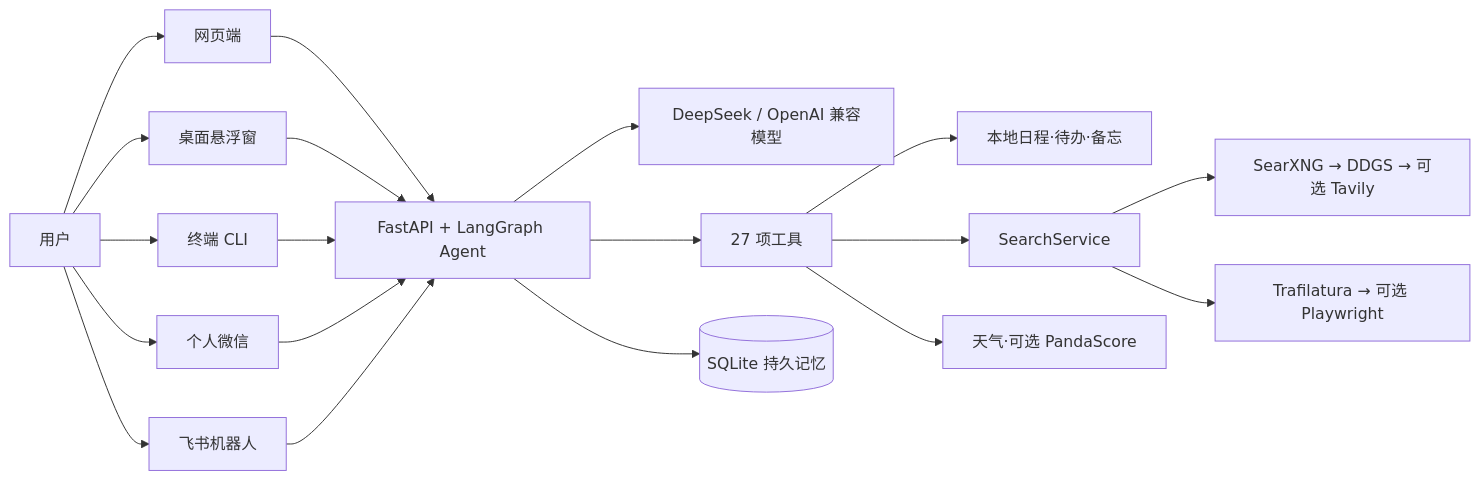
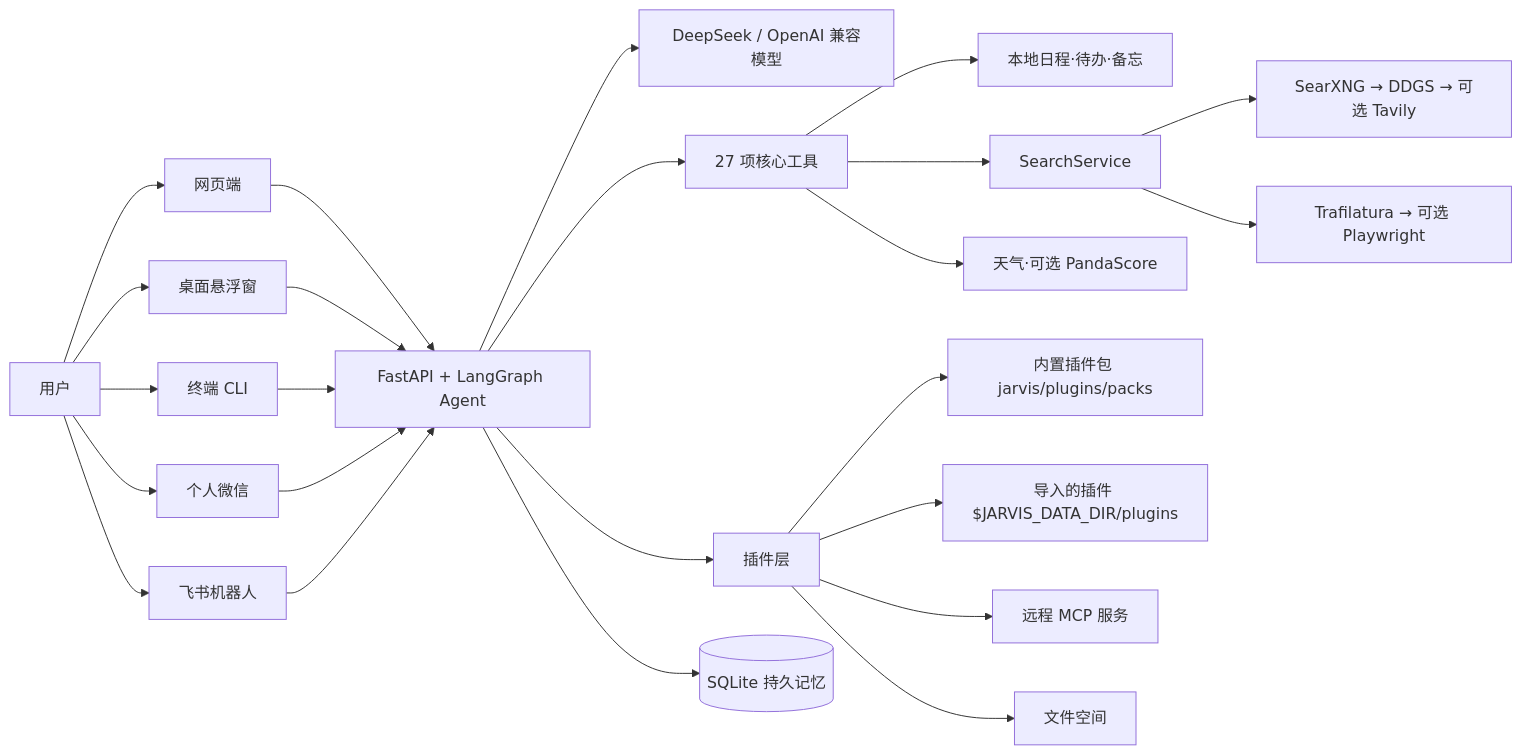
Before and after one commit to 123akw/jarvis: the diagram in docs/architecture.md, drawn with Mermaid. The commit also changed other lines of this file and 5 other files, not shown here.

````diff
--- a/docs/architecture.md
+++ b/docs/architecture.md
@@ -9,17 +9,22 @@
 ```mermaid
 flowchart LR
   U[用户] --> W[网页端]
   U --> D[桌面悬浮窗]
   U --> C[终端 CLI]
   U --> X[个人微信]
   U --> F[飞书机器人]
   W & D & C & X & F --> A[FastAPI + LangGraph Agent]
   A --> M[DeepSeek / OpenAI 兼容模型]
-  A --> T[27 项工具]
+  A --> T[27 项核心工具]
+  A --> PL[插件层]
   A --> S[(SQLite 持久记忆)]
   T --> L[本地日程·待办·备忘]
   T --> Q[SearchService]
   Q --> P[SearXNG → DDGS → 可选 Tavily]
   Q --> R[Trafilatura → 可选 Playwright]
   T --> E[天气·可选 PandaScore]
+  PL --> PK[内置插件包 jarvis/plugins/packs]
+  PL --> IM[导入的插件 $JARVIS_DATA_DIR/plugins]
+  PL --> MC[远程 MCP 服务]
+  PL --> FS[文件空间]
 ```
````
